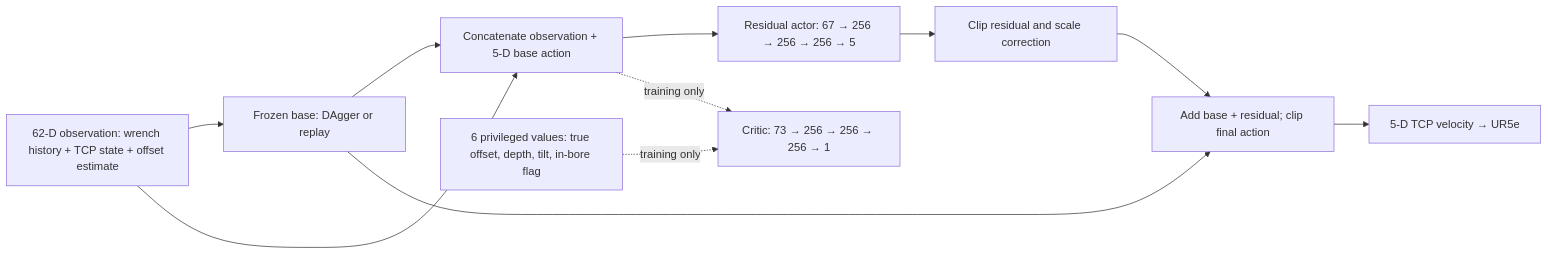
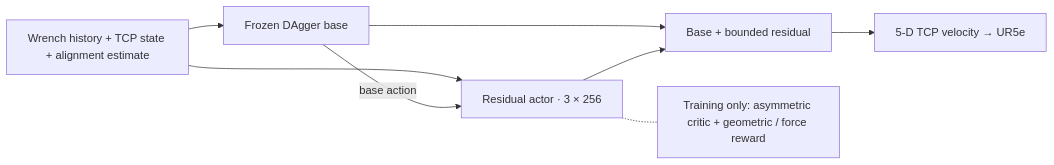
One commit to ur10/force-sim2real-ur5e changed the first of 2 diagrams in README.md. Above: the diagram before and after it, drawn with Mermaid. The commit also changed other lines of this file and 3 other files, not shown here.

````diff
--- a/README.md
+++ b/README.md
@@ -107,13 +32,10 @@
 ```mermaid
 flowchart LR
-    O["62-D observation: wrench history + TCP state + offset estimate"] --> B["Frozen base: DAgger or replay"]
-    O --> X["Concatenate observation + 5-D base action"]
-    B --> X
-    X --> A["Residual actor: 67 → 256 → 256 → 256 → 5"]
-    A --> S["Clip residual and scale correction"]
-    B --> SUM["Add base + residual; clip final action"]
-    S --> SUM
-    SUM --> R["5-D TCP velocity → UR5e"]
-    X -. training only .-> V["Critic: 73 → 256 → 256 → 256 → 1"]
-    P["6 privileged values: true offset, depth, tilt, in-bore flag"] -. training only .-> V
+    O["Wrench history + TCP state + alignment estimate"] --> B["Frozen DAgger base"]
+    O --> A["Residual actor · 3 × 256"]
+    B -->|base action| A
+    B --> S["Base + bounded residual"]
+    A --> S
+    S --> R["5-D TCP velocity → UR5e"]
+    A -.- T["Training only: asymmetric critic + geometric / force reward"]
 ```
````
